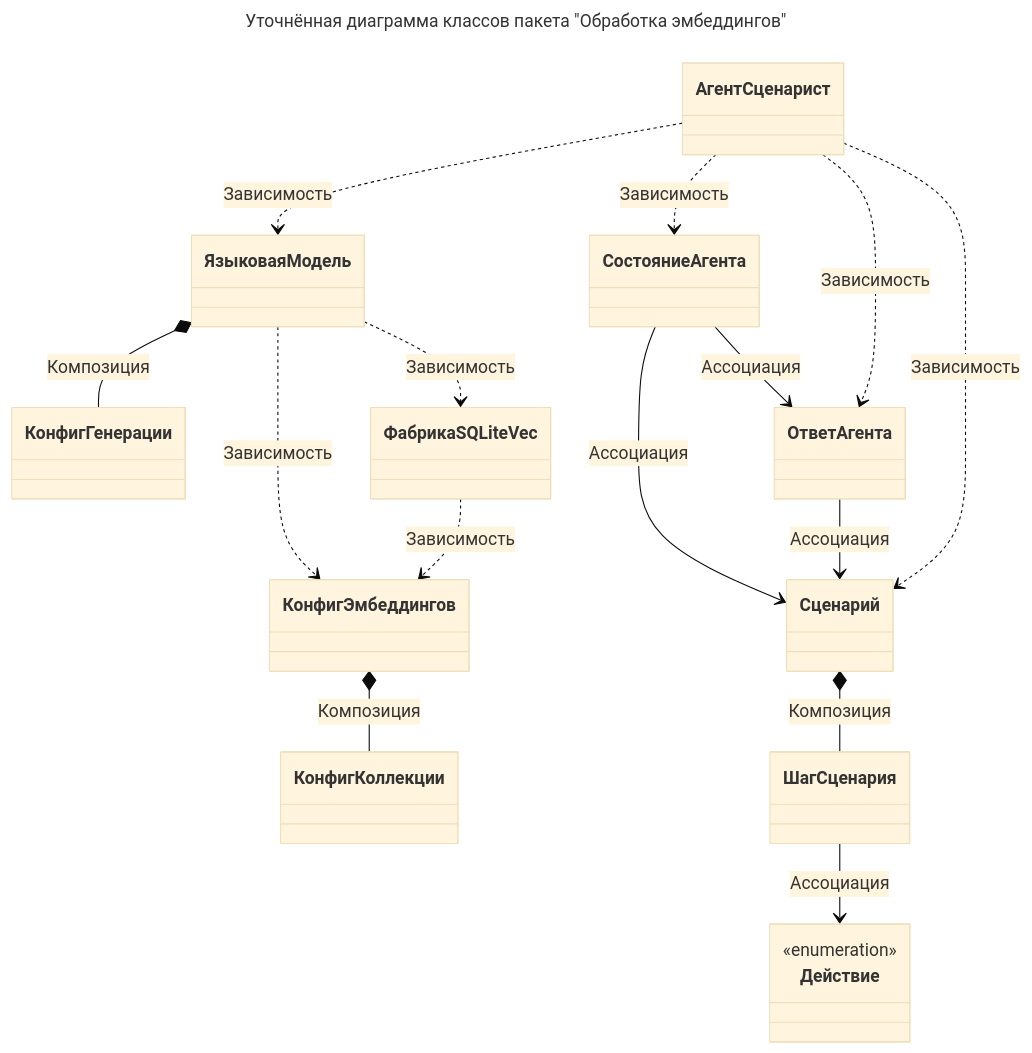
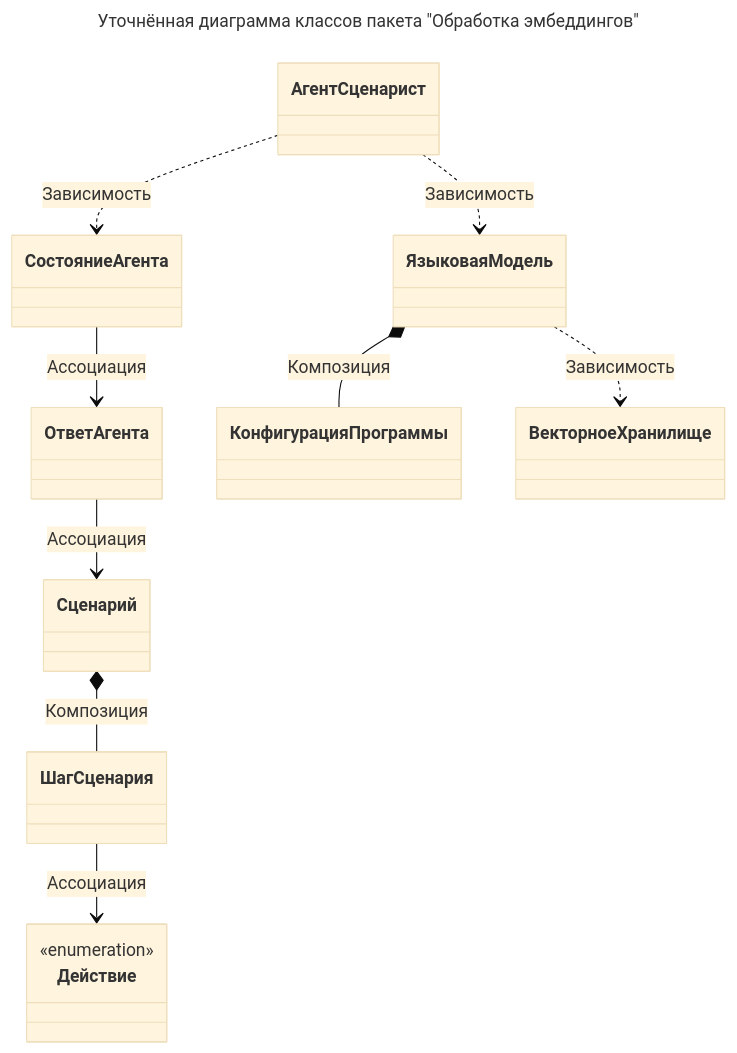
The second of 2 diagrams in Пакет Обработка эмбеддингов/3. Уточнённая диаграмма классов.md (CHSU-scenarAIst/diagrammy), drawn with Mermaid (base theme) before and after one commit. The commit also changed 8 other files, not shown here.

````diff
--- a/Пакет Обработка эмбеддингов/3. Уточнённая диаграмма классов.md
+++ b/Пакет Обработка эмбеддингов/3. Уточнённая диаграмма классов.md
@@ -45,24 +45,18 @@
 ```mermaid
 ---
 title: Уточнённая диаграмма классов пакета "Обработка эмбеддингов"
 ---
 classDiagram
     АгентСценарист ..> ЯзыковаяМодель : Зависимость
     АгентСценарист ..> СостояниеАгента : Зависимость
-    АгентСценарист ..> ОтветАгента : Зависимость
-    АгентСценарист ..> Сценарий : Зависимость
-    СостояниеАгента --> Сценарий : Ассоциация
     СостояниеАгента --> ОтветАгента : Ассоциация
     ОтветАгента --> Сценарий : Ассоциация
     Сценарий *-- ШагСценария : Композиция
     ШагСценария --> Действие : Ассоциация
-    ЯзыковаяМодель *-- КонфигГенерации : Композиция
-    ЯзыковаяМодель ..> КонфигЭмбеддингов : Зависимость
-    ЯзыковаяМодель ..> ФабрикаSQLiteVec : Зависимость
-    КонфигЭмбеддингов *-- КонфигКоллекции : Композиция
-    ФабрикаSQLiteVec ..> КонфигЭмбеддингов : Зависимость
+    ЯзыковаяМодель *-- КонфигурацияПрограммы : Композиция
+    ЯзыковаяМодель ..> ВекторноеХранилище : Зависимость
 
     class Действие {
         <<enumeration>>
     }
 ```
````
